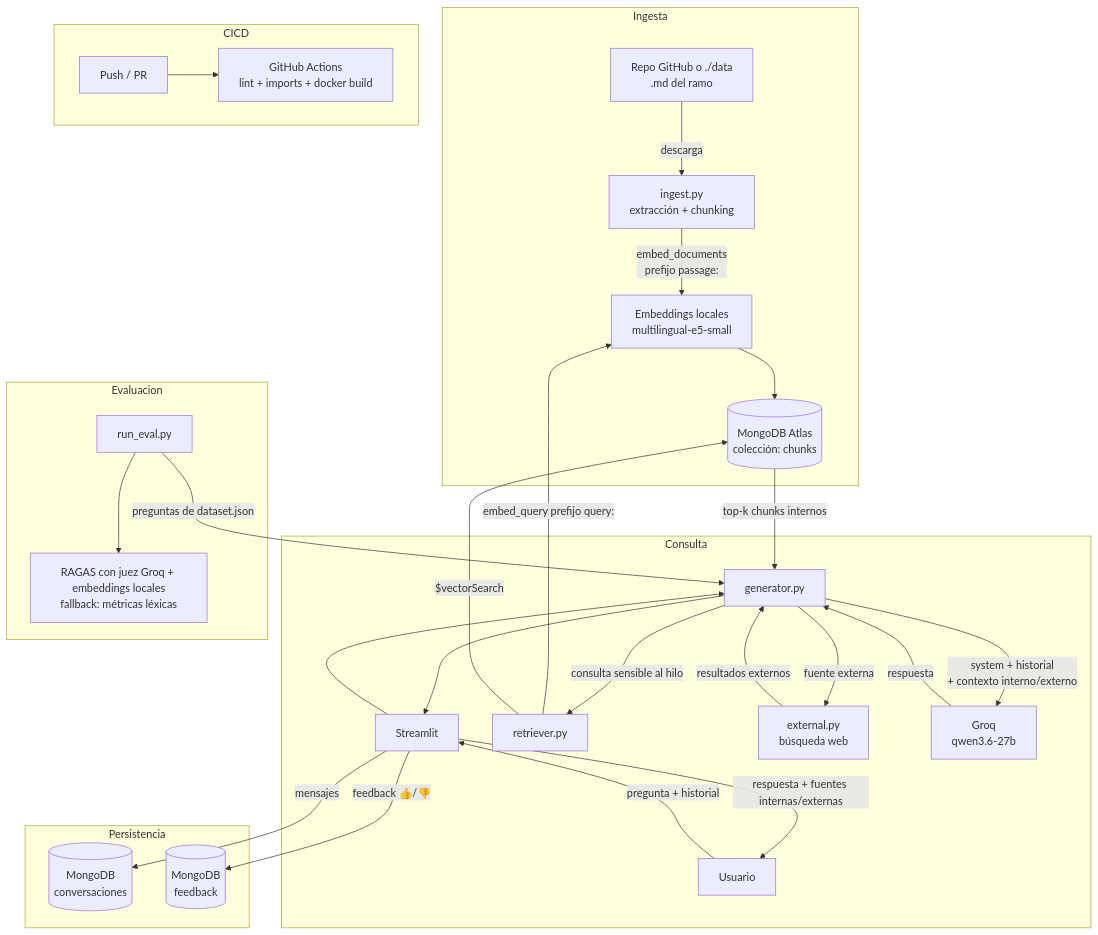
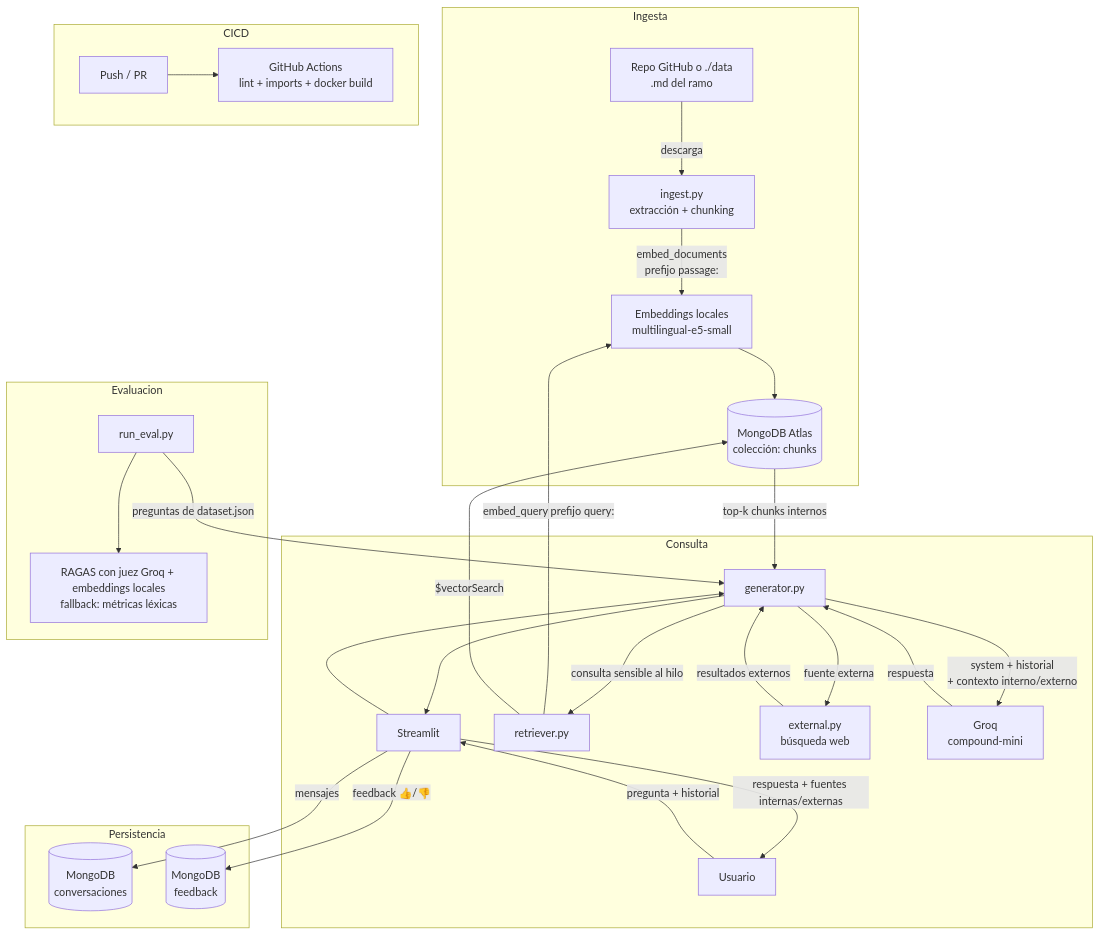
The diagram in docs/architecture.md (Valstrax69/AsistenteorganizadorIA), drawn with Mermaid before and after one commit. The commit also changed other lines of this file and 5 other files, not shown here.

````diff
--- a/docs/architecture.md
+++ b/docs/architecture.md
@@ -5,37 +5,37 @@
 ```mermaid
 flowchart TD
     subgraph Ingesta
         A[Repo GitHub o ./data<br/>.md del ramo] -->|descarga| B[ingest.py<br/>extracción + chunking]
         B -->|embed_documents<br/>prefijo passage:| C[Embeddings locales<br/>multilingual-e5-small]
         C --> D[(MongoDB Atlas<br/>colección: chunks)]
     end
 
     subgraph Consulta
         U[Usuario] -->|pregunta + historial| APP[Streamlit]
         APP --> G[generator.py]
         G -->|consulta sensible al hilo| R[retriever.py]
         R -->|embed_query prefijo query:| C
         R -->|$vectorSearch| D
         D -->|top-k chunks internos| G
         G -->|fuente externa| W[external.py<br/>búsqueda web]
         W -->|resultados externos| G
-        G -->|system + historial<br/>+ contexto interno/externo| L[Groq<br/>qwen3.6-27b]
+        G -->|system + historial<br/>+ contexto interno/externo| L[Groq<br/>compound-mini]
         L -->|respuesta| G
         G --> APP
         APP -->|respuesta + fuentes internas/externas| U
     end
 
     subgraph Persistencia
         APP -->|mensajes| CONV[(MongoDB<br/>conversaciones)]
         APP -->|feedback 👍/👎| FB[(MongoDB<br/>feedback)]
     end
 
     subgraph CICD
         DEV[Push / PR] --> CI[GitHub Actions<br/>lint + imports + docker build]
     end
 
     subgraph Evaluacion
         EVAL[run_eval.py] -->|preguntas de dataset.json| G
         EVAL --> M[RAGAS con juez Groq + embeddings locales<br/>fallback: métricas léxicas]
     end
 ```
````
